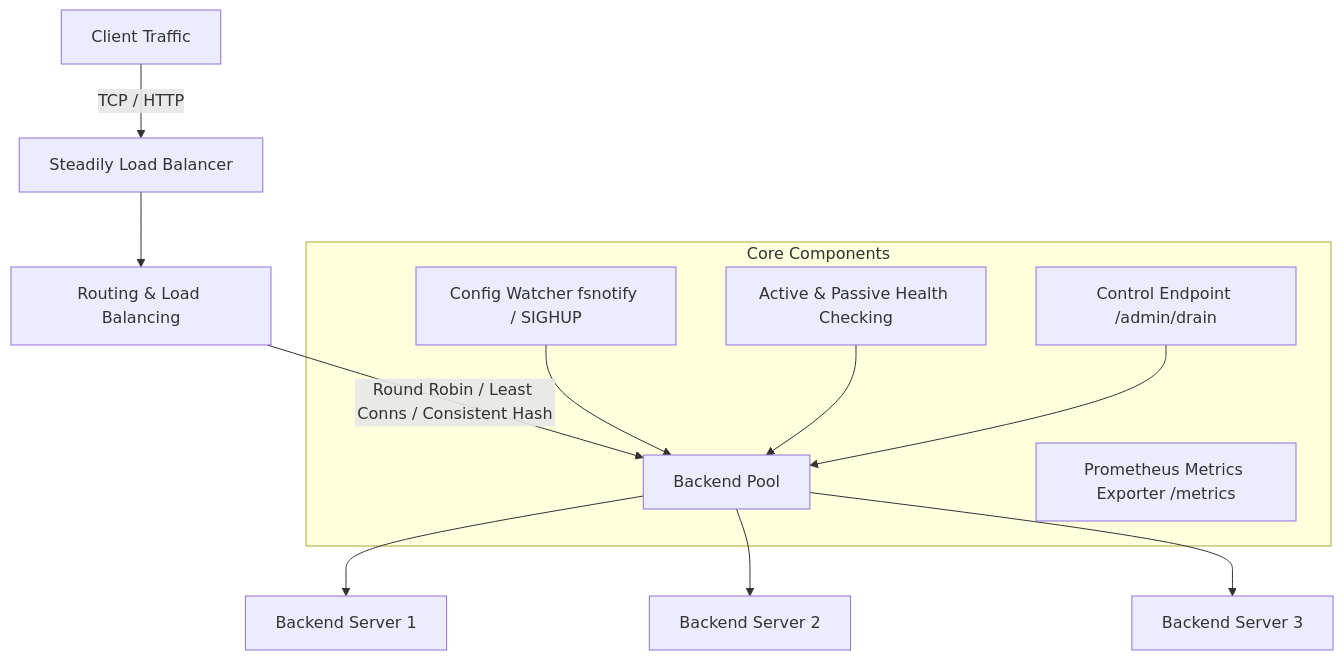
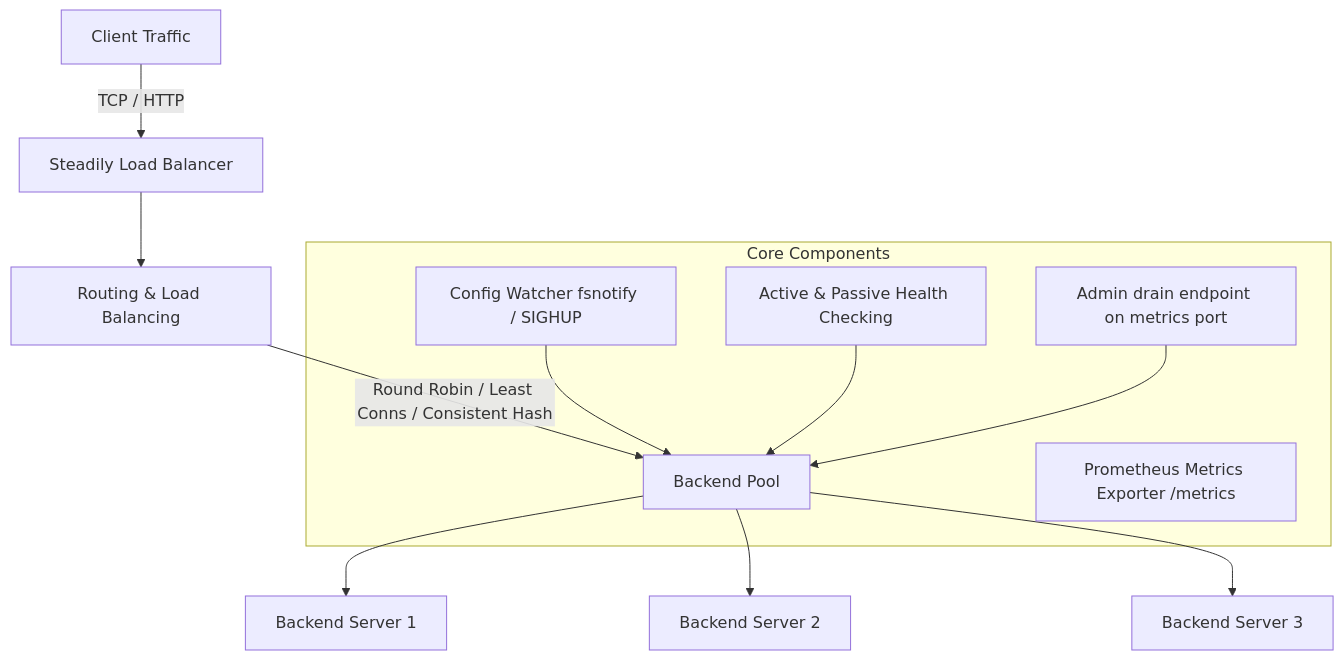
Before and after one commit to Prabodh-dev/steadily: the diagram in README.md, drawn with Mermaid. The commit also changed other lines of this file, not shown here.

````diff
--- a/README.md
+++ b/README.md
@@ -16,17 +129,17 @@
 ```mermaid
 graph TD
     Client[Client Traffic] -->|TCP / HTTP| Steadily[Steadily Load Balancer]
     Steadily --> Router[Routing & Load Balancing]
     Router -->|Round Robin / Least Conns / Consistent Hash| Pool[Backend Pool]
 
     subgraph Core Components
         Watcher[Config Watcher fsnotify / SIGHUP] --> Pool
         HealthChecker[Active & Passive Health Checking] --> Pool
-        ControlEndpoint[Control Endpoint /admin/drain] --> Pool
+        ControlEndpoint[Admin drain endpoint on metrics port] --> Pool
         MetricsExporter[Prometheus Metrics Exporter /metrics]
     end
 
     Pool --> Echo1[Backend Server 1]
     Pool --> Echo2[Backend Server 2]
     Pool --> Echo3[Backend Server 3]
 ```
````
